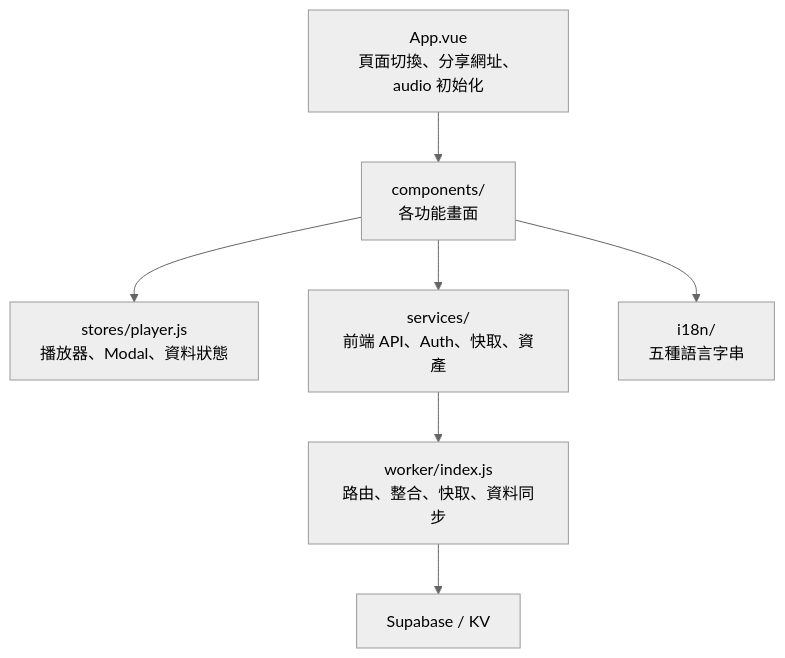
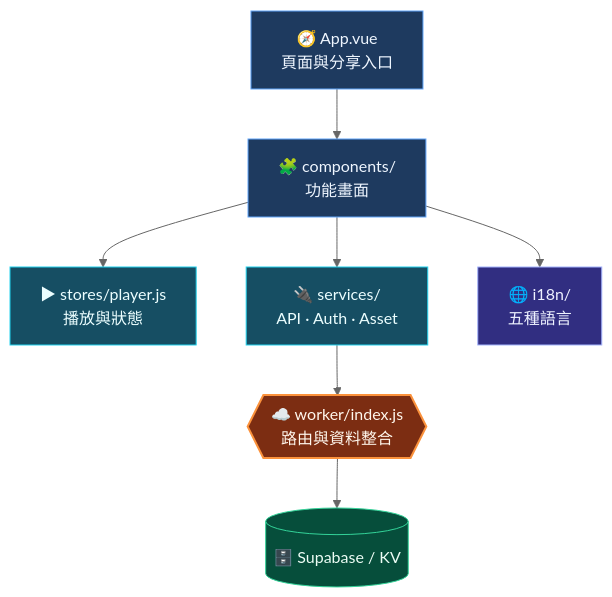
The second of 2 diagrams in README.md (Asriel0727/ArknightMusicWeb), drawn with Mermaid (neutral theme) before and after one commit. The commit also changed other lines of this file and 15 other files, not shown here.

````diff
--- a/README.md
+++ b/README.md
@@ -117,10 +130,23 @@
 ```mermaid
 flowchart TB
-  App["App.vue\n頁面切換、分享網址、audio 初始化"]
-  App --> UI["components/\n各功能畫面"]
-  UI --> State["stores/player.js\n播放器、Modal、資料狀態"]
-  UI --> Services["services/\n前端 API、Auth、快取、資產"]
-  Services --> Worker["worker/index.js\n路由、整合、快取、資料同步"]
-  UI --> I18n["i18n/\n五種語言字串"]
-  Worker --> DB["Supabase / KV"]
+  App["🧭 App.vue<br/>頁面與分享入口"]
+  UI["🧩 components/<br/>功能畫面"]
+  State["▶ stores/player.js<br/>播放與狀態"]
+  Services["🔌 services/<br/>API · Auth · Asset"]
+  Worker{{"☁️ worker/index.js<br/>路由與資料整合"}}
+  I18n["🌐 i18n/<br/>五種語言"]
+  DB[("🗄️ Supabase / KV")]
+  App --> UI
+  UI --> State & Services & I18n
+  Services --> Worker --> DB
+  classDef app fill:#1e3a5f,stroke:#60a5fa,color:#eff6ff
+  classDef state fill:#164e63,stroke:#22d3ee,color:#ecfeff
+  classDef worker fill:#7c2d12,stroke:#fb923c,color:#fff7ed,stroke-width:2px
+  classDef data fill:#064e3b,stroke:#34d399,color:#ecfdf5
+  classDef side fill:#312e81,stroke:#a5b4fc,color:#eef2ff
+  class App,UI app
+  class State,Services state
+  class Worker worker
+  class DB data
+  class I18n side
 ```
````
